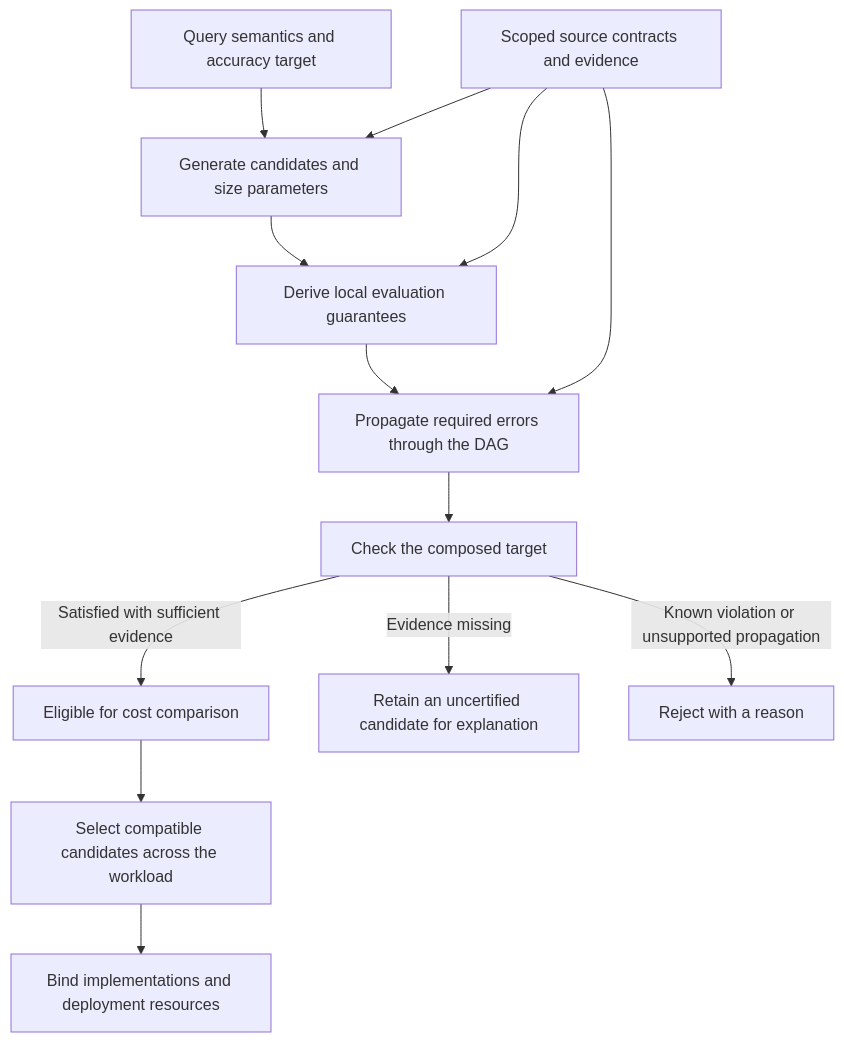
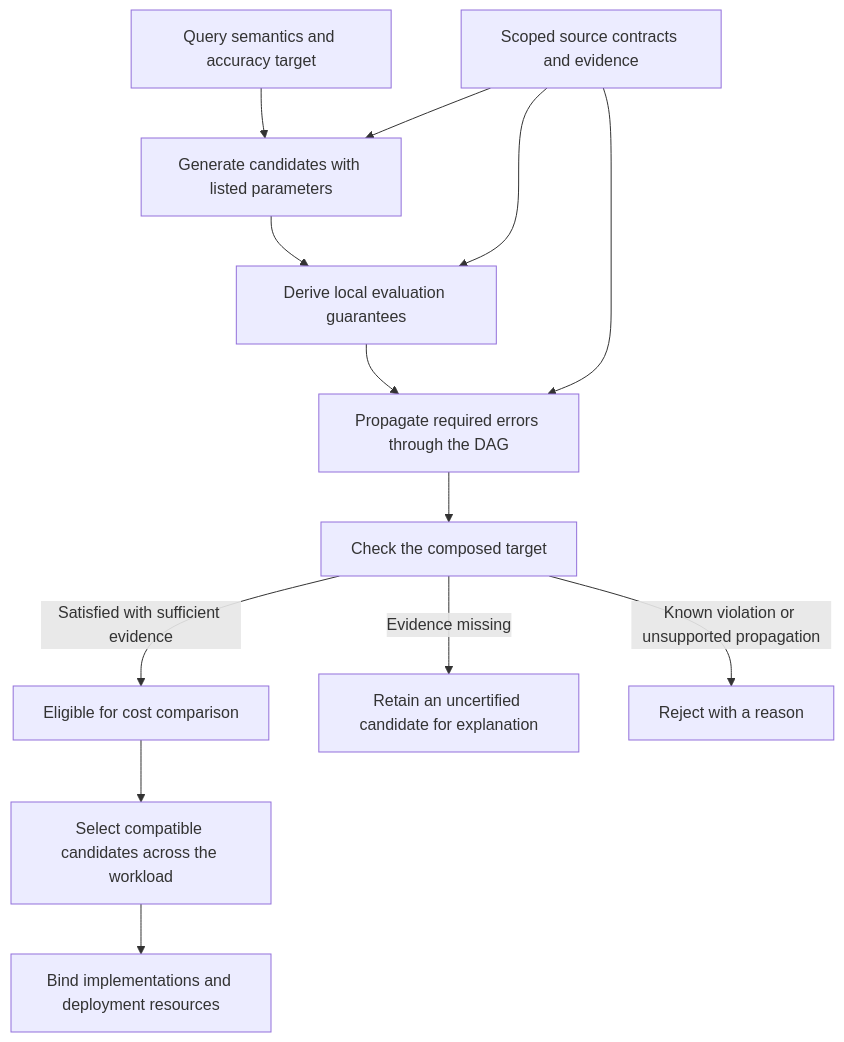
Before and after one commit to ProjectASAP/ASAPPlanner: the first of 2 diagrams in docs/design_docs/concepts/accuracy-models.md, drawn with Mermaid. The commit also changed other lines of this file and 2 other files, not shown here.

Commit message:
docs(accuracy,planner): theta lists with the guarantee at the required failure probability, the delta grid, top-k and Hydra status, current Pass 2 and accuracy file layout (#1207 PR 4)

````diff
--- a/docs/design_docs/concepts/accuracy-models.md
+++ b/docs/design_docs/concepts/accuracy-models.md
@@ -131,15 +133,15 @@
 ```mermaid
 flowchart TD
-    Request[Query semantics and accuracy target] --> Generate[Generate candidates and size parameters]
+    Request[Query semantics and accuracy target] --> Generate[Generate candidates with listed parameters]
     Evidence[Scoped source contracts and evidence] --> Generate
     Generate --> Local[Derive local evaluation guarantees]
     Evidence --> Local
     Local --> Compose[Propagate required errors through the DAG]
     Evidence --> Compose
     Compose --> Check[Check the composed target]
     Check -->|Satisfied with sufficient evidence| Eligible[Eligible for cost comparison]
     Check -->|Evidence missing| Pending[Retain an uncertified candidate for explanation]
     Check -->|Known violation or unsupported propagation| Reject[Reject with a reason]
     Eligible --> Select[Select compatible candidates across the workload]
     Select --> Bind[Bind implementations and deployment resources]
 ```
````
